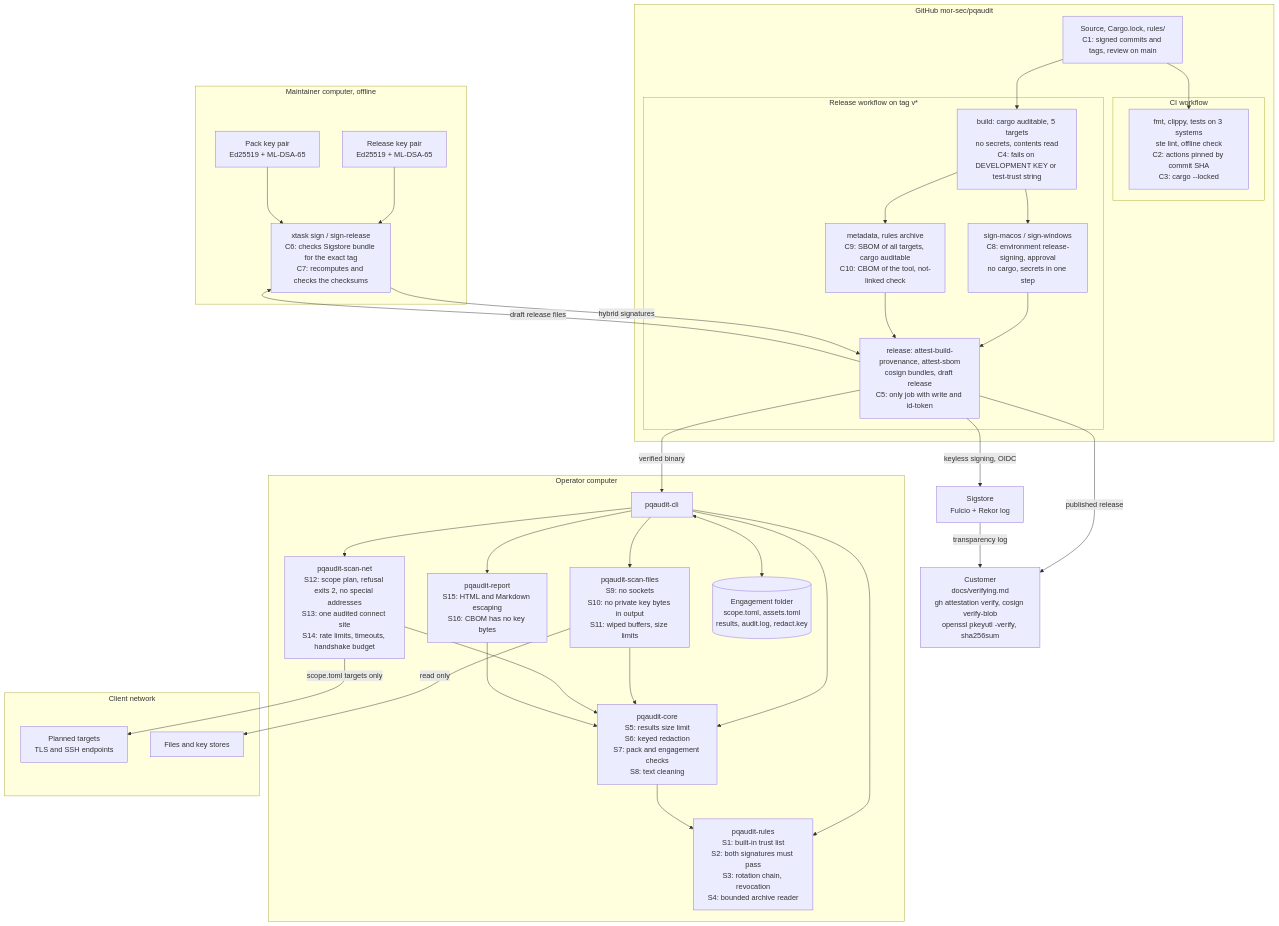
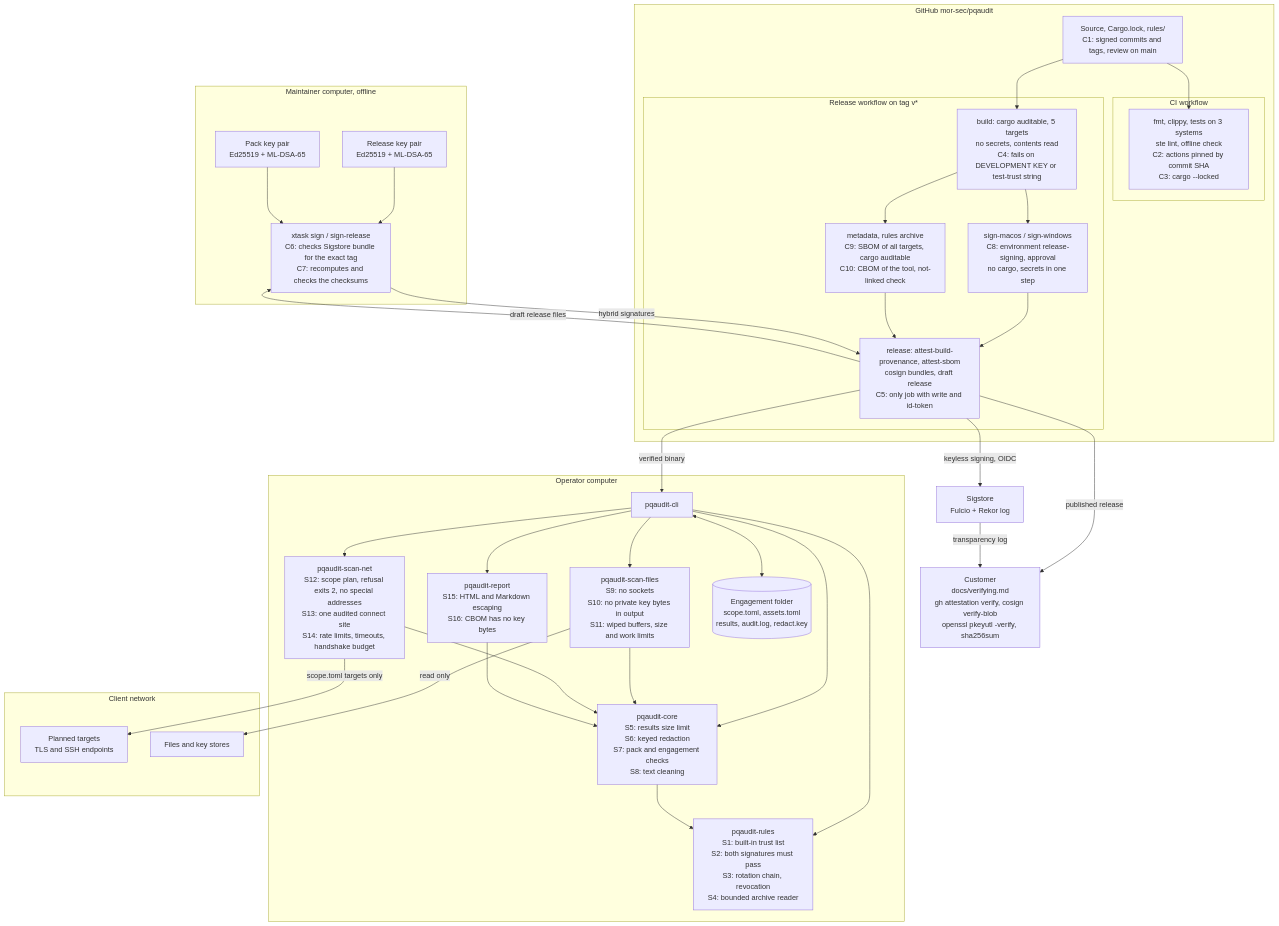
Before and after one commit to mor-sec/pqaudit: the diagram in docs/architecture.md, drawn with Mermaid. The commit also changed other lines of this file and 10 other files, not shown here.

First line of the commit message:
Limit the key derivation work of PKCS#12 files

````diff
--- a/docs/architecture.md
+++ b/docs/architecture.md
@@ -43,67 +43,67 @@
 ```mermaid
 flowchart TB
     subgraph MAINT["Maintainer computer, offline"]
         PK["Pack key pair<br/>Ed25519 + ML-DSA-65"]
         RK["Release key pair<br/>Ed25519 + ML-DSA-65"]
         SIGN["xtask sign / sign-release<br/>C6: checks Sigstore bundle for the exact tag<br/>C7: recomputes and checks the checksums"]
     end
 
     subgraph GH["GitHub mor-sec/pqaudit"]
         SRC["Source, Cargo.lock, rules/<br/>C1: signed commits and tags, review on main"]
         subgraph CI["CI workflow"]
             CHK["fmt, clippy, tests on 3 systems<br/>ste lint, offline check<br/>C2: actions pinned by commit SHA<br/>C3: cargo --locked"]
         end
         subgraph REL["Release workflow on tag v*"]
             BUILD["build: cargo auditable, 5 targets<br/>no secrets, contents read<br/>C4: fails on DEVELOPMENT KEY or test-trust string"]
             SGN["sign-macos / sign-windows<br/>C8: environment release-signing, approval<br/>no cargo, secrets in one step"]
             META["metadata, rules archive<br/>C9: SBOM of all targets, cargo auditable<br/>C10: CBOM of the tool, not-linked check"]
             PUB["release: attest-build-provenance, attest-sbom<br/>cosign bundles, draft release<br/>C5: only job with write and id-token"]
         end
     end
 
     SIG["Sigstore<br/>Fulcio + Rekor log"]
     USER["Customer<br/>docs/verifying.md<br/>gh attestation verify, cosign verify-blob<br/>openssl pkeyutl -verify, sha256sum"]
 
     subgraph OP["Operator computer"]
         CLI["pqaudit-cli"]
         RULES["pqaudit-rules<br/>S1: built-in trust list<br/>S2: both signatures must pass<br/>S3: rotation chain, revocation<br/>S4: bounded archive reader"]
         CORE["pqaudit-core<br/>S5: results size limit<br/>S6: keyed redaction<br/>S7: pack and engagement checks<br/>S8: text cleaning"]
-        FILES["pqaudit-scan-files<br/>S9: no sockets<br/>S10: no private key bytes in output<br/>S11: wiped buffers, size limits"]
+        FILES["pqaudit-scan-files<br/>S9: no sockets<br/>S10: no private key bytes in output<br/>S11: wiped buffers, size and work limits"]
         NET["pqaudit-scan-net<br/>S12: scope plan, refusal exits 2, no special addresses<br/>S13: one audited connect site<br/>S14: rate limits, timeouts, handshake budget"]
         REP["pqaudit-report<br/>S15: HTML and Markdown escaping<br/>S16: CBOM has no key bytes"]
         ENG[("Engagement folder<br/>scope.toml, assets.toml<br/>results, audit.log, redact.key")]
     end
 
     subgraph CLIENT["Client network"]
         TGT["Planned targets<br/>TLS and SSH endpoints"]
         DISK["Files and key stores"]
     end
 
     SRC --> CHK
     SRC --> BUILD
     BUILD --> SGN
     BUILD --> META
     SGN --> PUB
     META --> PUB
     PUB -- "keyless signing, OIDC" --> SIG
     PUB -- "draft release files" --> SIGN
     RK --> SIGN
     PK --> SIGN
     SIGN -- "hybrid signatures" --> PUB
     PUB -- "published release" --> USER
     SIG -- "transparency log" --> USER
     PUB -- "verified binary" --> CLI
 
     CLI --> RULES
     CLI --> FILES
     CLI --> NET
     CLI --> CORE
     CLI --> REP
     FILES --> CORE
     NET --> CORE
     REP --> CORE
     CORE --> RULES
     CLI <--> ENG
     FILES -- "read only" --> DISK
     NET -- "scope.toml targets only" --> TGT
 ```
````
